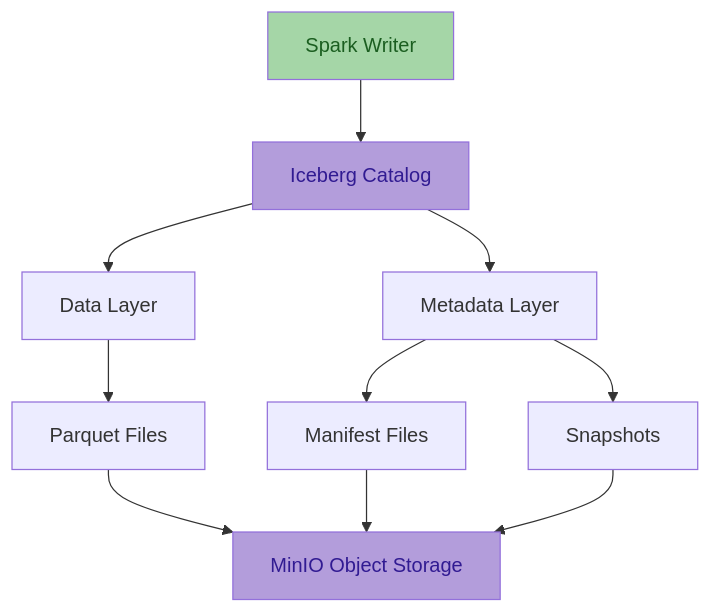
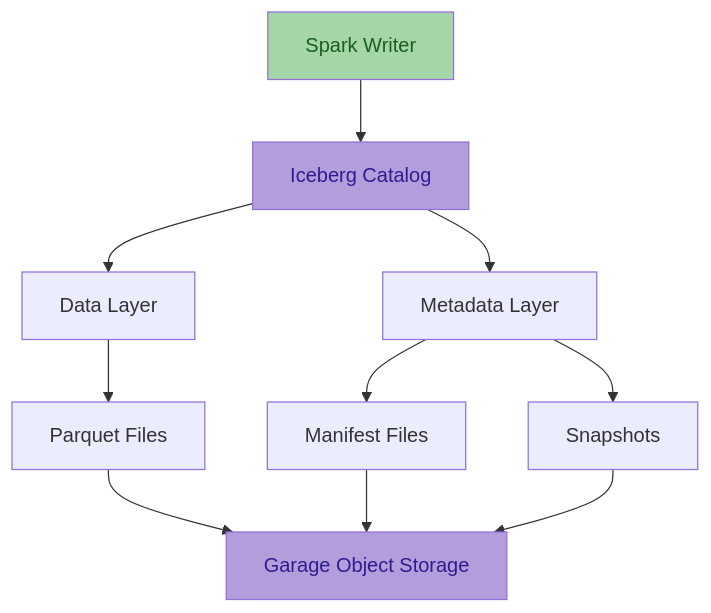
The third of 4 diagrams in docs/architecture/data-flow.md (straightchlorine/quantum-pipeline), drawn with Mermaid before and after one commit. The commit also changed other lines of this file and 146 other files, not shown here.

````diff
--- a/docs/architecture/data-flow.md
+++ b/docs/architecture/data-flow.md
@@ -420,19 +190,19 @@
 ```mermaid
 graph TB
     SPARK[Spark Writer] --> ICEBERG[Iceberg Catalog]
     ICEBERG --> META[Metadata Layer]
     ICEBERG --> DATA[Data Layer]
 
     META --> MANIFEST[Manifest Files]
     META --> SNAPSHOT[Snapshots]
 
     DATA --> PARQUET[Parquet Files]
 
-    PARQUET --> MINIO[MinIO Object Storage]
-    MANIFEST --> MINIO
-    SNAPSHOT --> MINIO
+    PARQUET --> GARAGE[Garage Object Storage]
+    MANIFEST --> GARAGE
+    SNAPSHOT --> GARAGE
 
     style SPARK fill:#a5d6a7,color:#1b5e20
     style ICEBERG fill:#b39ddb,color:#311b92
-    style MINIO fill:#b39ddb,color:#311b92
+    style GARAGE fill:#b39ddb,color:#311b92
 ```
````
